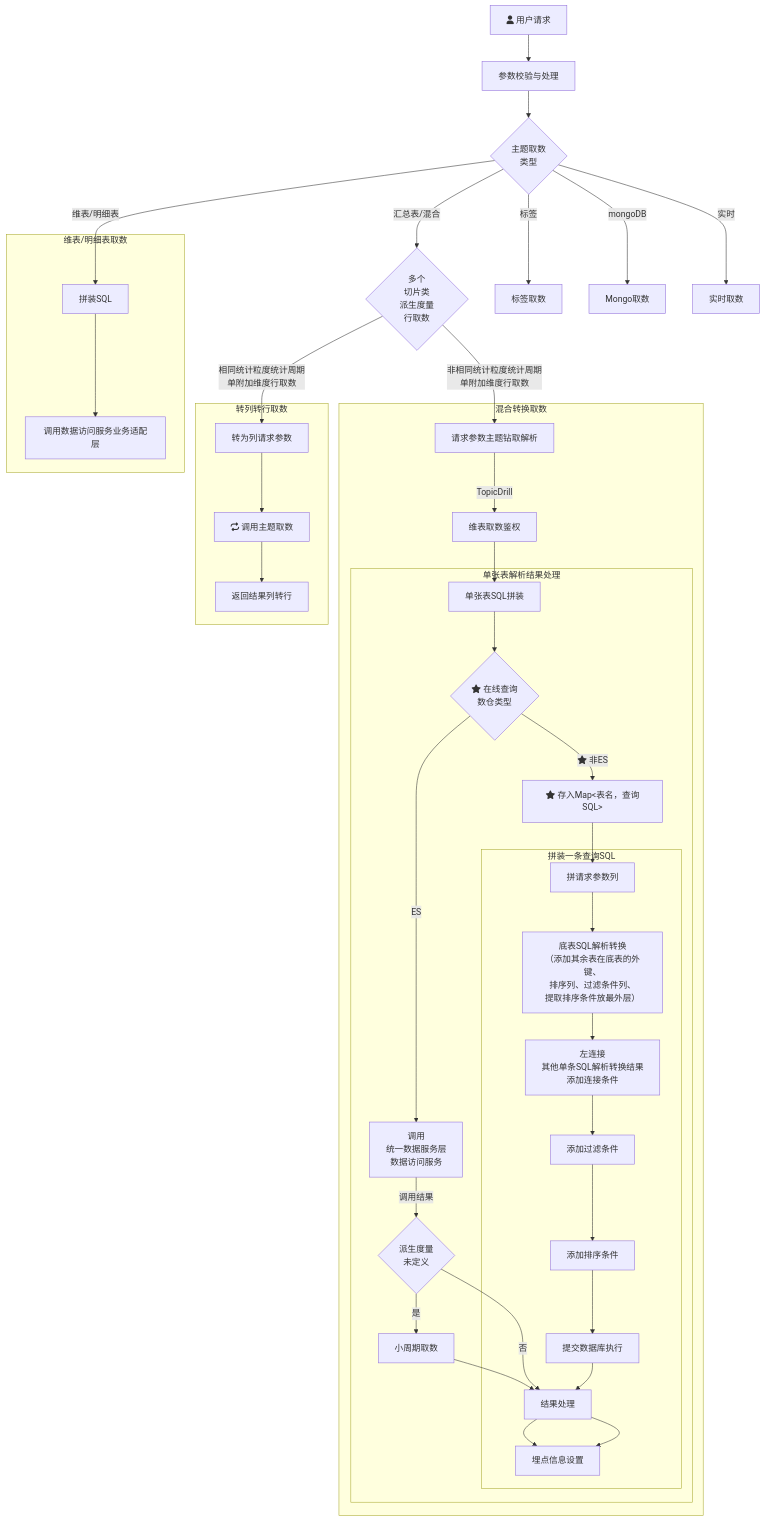
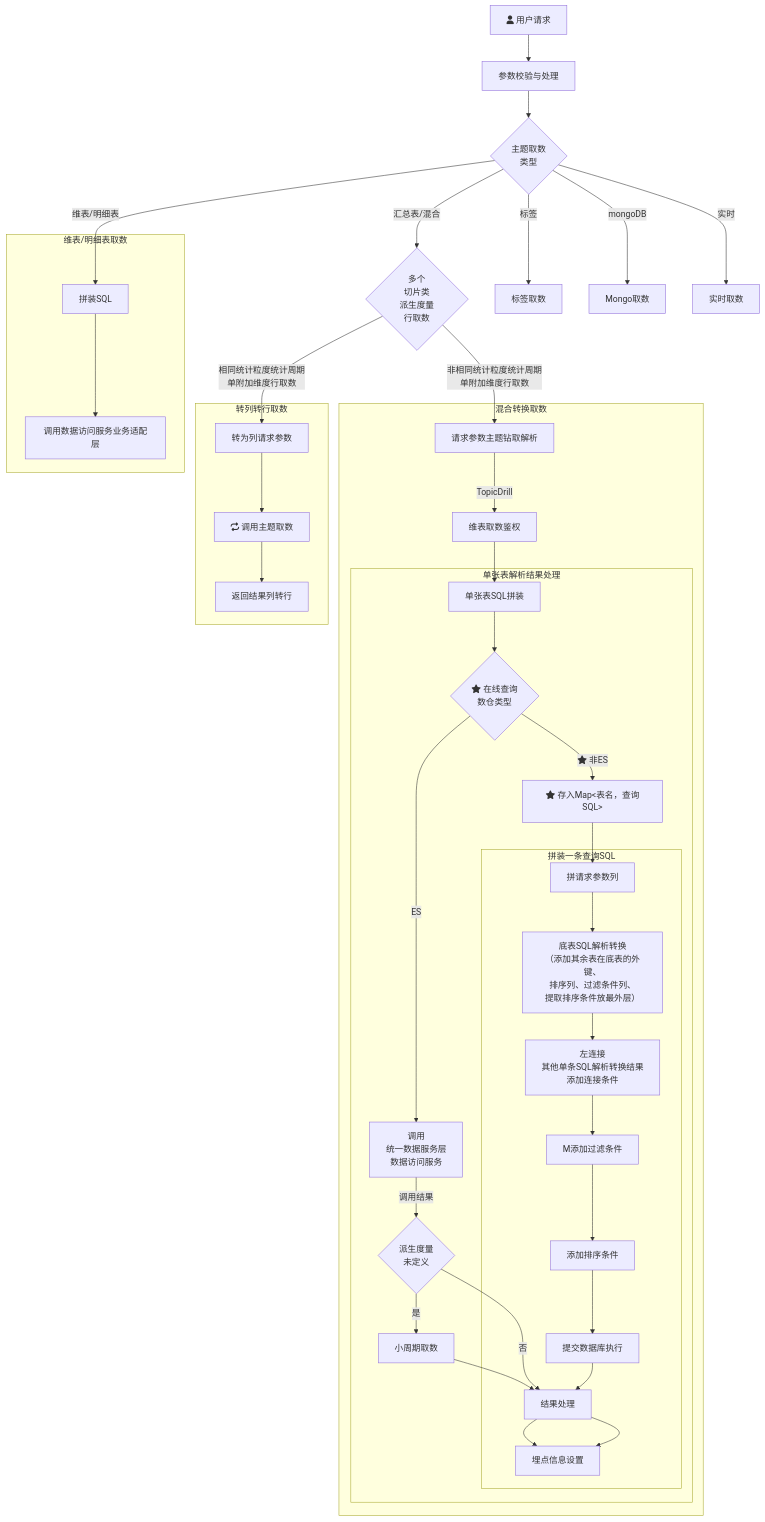
The diagram in all/未命名.md (yanglosm/iodraw-files), drawn with Mermaid before and after one commit.

Commit message:
2024-11-29 19:44:08 update

````diff
--- a/all/未命名.md
+++ b/all/未命名.md
@@ -1,30 +1,30 @@
 ```mermaid
 flowchart TD
     A[fa:fa-user 用户请求] -->A1[参数校验与处理] --> B{主题取数\n类型}
     B -->|维表/明细表| D[拼装SQL]
     B -->|汇总表/混合| E{多个\n切片类\n派生度量\n行取数}
     B -->|标签| F[标签取数]
     B -->|mongoDB| G[Mongo取数]
     B -->|实时| H[实时取数]
     E -->|相同统计粒度统计周期\n单附加维度行取数| E1[转为列请求参数]
     E -->|非相同统计粒度统计周期\n单附加维度行取数| T1[请求参数主题钻取解析]
     subgraph 维表/明细表取数
     D-->D1[调用数据访问服务业务适配层]
     end
     subgraph 转列转行取数
     E1-->E11[fa:fa-repeat 调用主题取数]-->E12[返回结果列转行]
     end
     subgraph 混合转换取数
     T1-->|TopicDrill| T2[维表取数鉴权] --> T31[单张表SQL拼装]
         subgraph 单张表解析结果处理
         T31 --> T4{fa:fa-star 在线查询\n数仓类型}-->|ES|T32[调用\n统一数据服务层\n数据访问服务] --> |调用结果|T33{派生度量\n未定义}
         T33 --> |是|T33_1[小周期取数]-->T34[结果处理]-->T35[埋点信息设置]
         T33 --> |否|T34
         T4 --> |fa:fa-star 非ES|T41["fa:fa-star 存入Map<表名，查询SQL>"]
         T41 --> T42[拼请求参数列]
             subgraph 拼装一条查询SQL
-            T42 --> M1["底表SQL解析转换\n（添加其余表在底表的外键、\n排序列、过滤条件列、\n提取排序条件放最外层）"] --> M2[左连接\n其他单条SQL解析转换结果\n添加连接条件] --> 添加过滤条件 --> 添加排序条件 --> 提交数据库执行 --> T34 --> T35
+            T42 --> M1["底表SQL解析转换\n（添加其余表在底表的外键、\n排序列、过滤条件列、\n提取排序条件放最外层）"] --> M2[左连接\n其他单条SQL解析转换结果\n添加连接条件] --> M添加过滤条件 --> 添加排序条件 --> 提交数据库执行 --> T34 --> T35
             end
         end
     end
 ```
````
